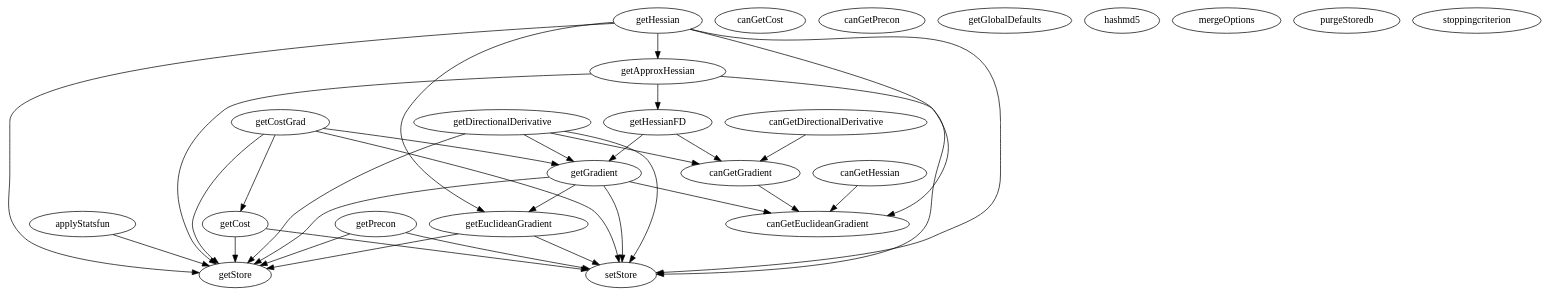
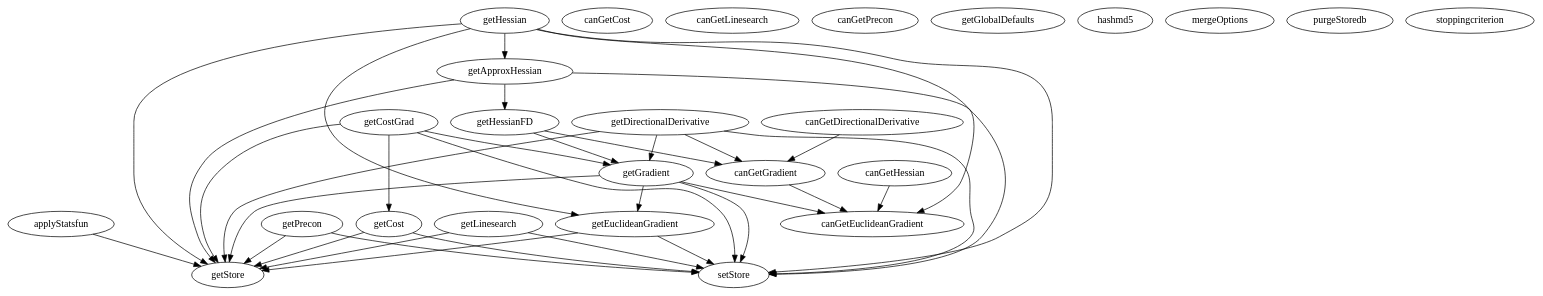
The diagram in web/reference/manopt/privatetools/graph.dot (NicolasBoumal/manopt), drawn with Graphviz before and after one commit. The commit also changed 222 other files, not shown here.

```diff
--- a/web/reference/manopt/privatetools/graph.dot
+++ b/web/reference/manopt/privatetools/graph.dot
@@ -1,59 +1,63 @@
 /* Created by mdot for Matlab */
 digraph m2html {
   applyStatsfun -> getStore;
   canGetDirectionalDerivative -> canGetGradient;
   canGetGradient -> canGetEuclideanGradient;
   canGetHessian -> canGetEuclideanGradient;
   getApproxHessian -> getHessianFD;
   getApproxHessian -> getStore;
   getApproxHessian -> setStore;
   getCost -> getStore;
   getCost -> setStore;
   getCostGrad -> getCost;
   getCostGrad -> getGradient;
   getCostGrad -> getStore;
   getCostGrad -> setStore;
   getDirectionalDerivative -> canGetGradient;
   getDirectionalDerivative -> getGradient;
   getDirectionalDerivative -> getStore;
   getDirectionalDerivative -> setStore;
   getEuclideanGradient -> getStore;
   getEuclideanGradient -> setStore;
   getGradient -> canGetEuclideanGradient;
   getGradient -> getEuclideanGradient;
   getGradient -> getStore;
   getGradient -> setStore;
   getHessian -> canGetEuclideanGradient;
   getHessian -> getApproxHessian;
   getHessian -> getEuclideanGradient;
   getHessian -> getStore;
   getHessian -> setStore;
   getHessianFD -> canGetGradient;
   getHessianFD -> getGradient;
+  getLinesearch -> getStore;
+  getLinesearch -> setStore;
   getPrecon -> getStore;
   getPrecon -> setStore;
 
   applyStatsfun [URL="applyStatsfun.html"];
   canGetCost [URL="canGetCost.html"];
   canGetDirectionalDerivative [URL="canGetDirectionalDerivative.html"];
   canGetEuclideanGradient [URL="canGetEuclideanGradient.html"];
   canGetGradient [URL="canGetGradient.html"];
   canGetHessian [URL="canGetHessian.html"];
+  canGetLinesearch [URL="canGetLinesearch.html"];
   canGetPrecon [URL="canGetPrecon.html"];
   getApproxHessian [URL="getApproxHessian.html"];
   getCost [URL="getCost.html"];
   getCostGrad [URL="getCostGrad.html"];
   getDirectionalDerivative [URL="getDirectionalDerivative.html"];
   getEuclideanGradient [URL="getEuclideanGradient.html"];
   getGlobalDefaults [URL="getGlobalDefaults.html"];
   getGradient [URL="getGradient.html"];
   getHessian [URL="getHessian.html"];
   getHessianFD [URL="getHessianFD.html"];
+  getLinesearch [URL="getLinesearch.html"];
   getPrecon [URL="getPrecon.html"];
   getStore [URL="getStore.html"];
   hashmd5 [URL="hashmd5.html"];
   mergeOptions [URL="mergeOptions.html"];
   purgeStoredb [URL="purgeStoredb.html"];
   setStore [URL="setStore.html"];
   stoppingcriterion [URL="stoppingcriterion.html"];
 }
```
